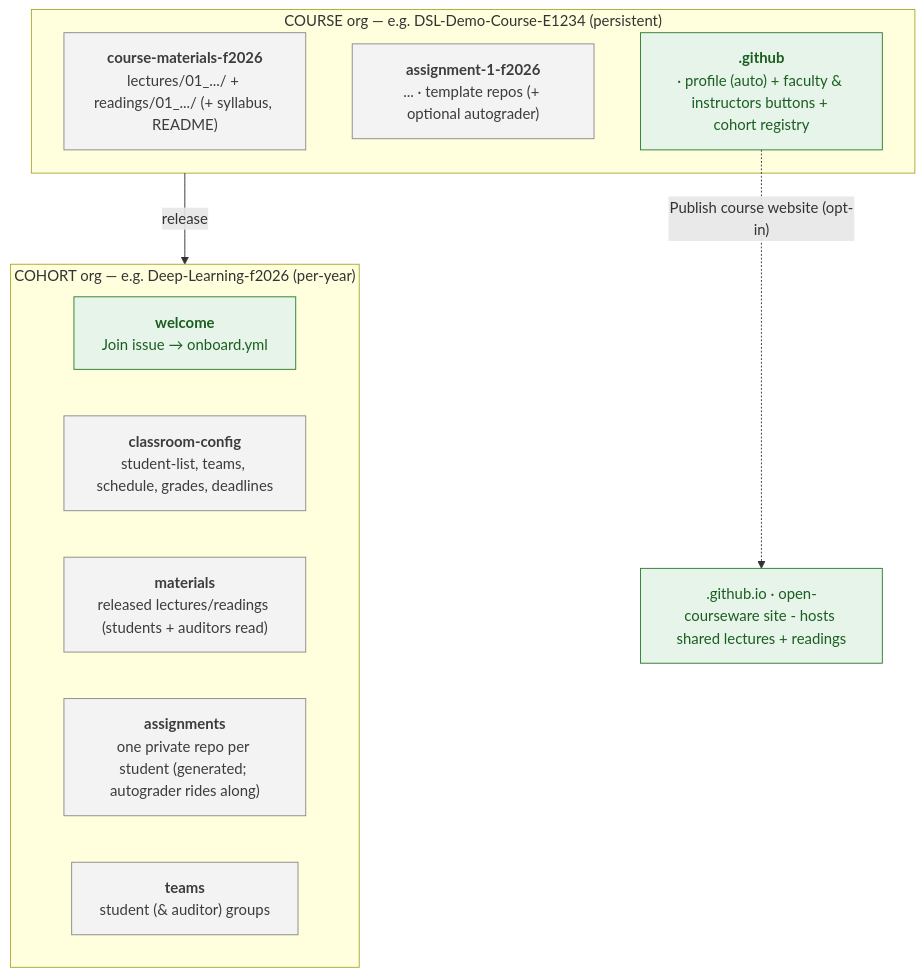
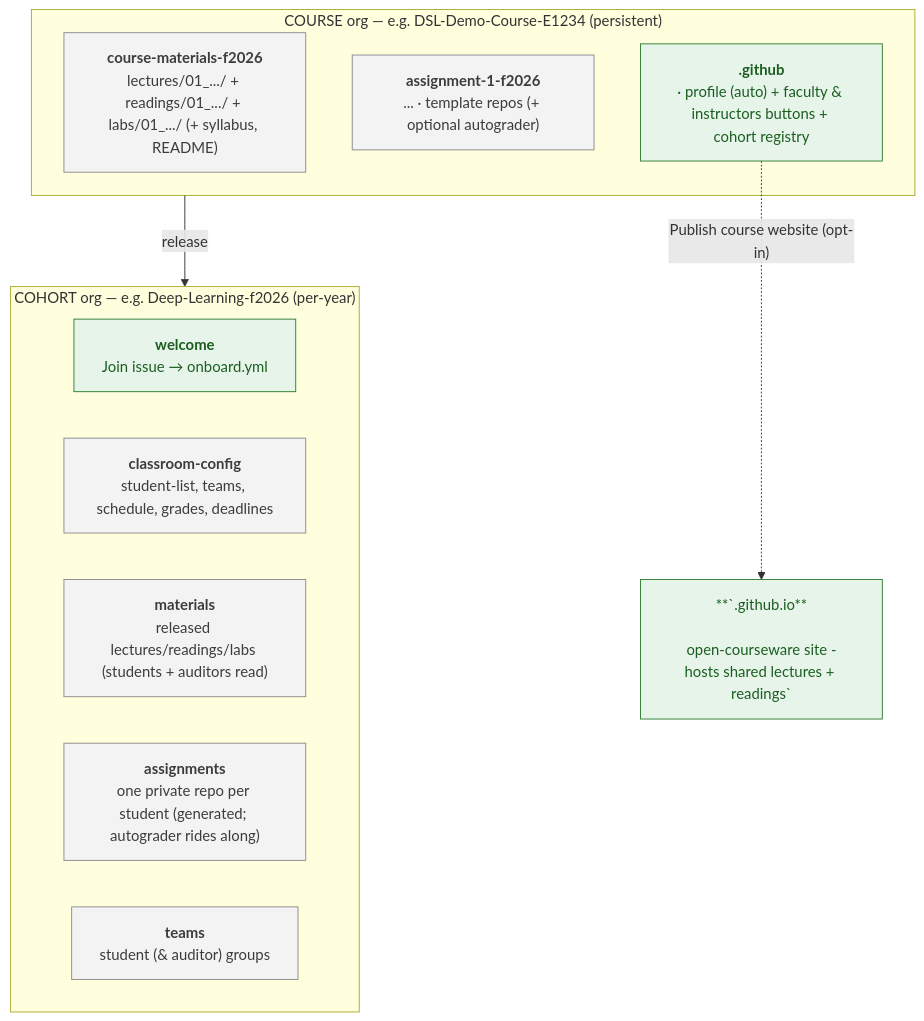
One commit to hertie-data-science-lab/dsl-teaching-course-setup changed the diagram in README.md. Above: the diagram before and after it, drawn with Mermaid.

````diff
--- a/README.md
+++ b/README.md
@@ -52,42 +52,44 @@
 ```mermaid
 flowchart TB
   subgraph COURSE["COURSE org — e.g. DSL-Demo-Course-E1234 (persistent)"]
     mat["`**course-materials-f2026**
 
-lectures/01_.../ + readings/01_.../ (+ syllabus, README)`"]
+lectures/01_.../ + readings/01_.../ + labs/01_.../ (+ syllabus, README)`"]
     tmpl["`**assignment-1-f2026**
 
 ... · template repos (+ optional autograder)`"]
     gh["`**.github**
 
 · profile (auto) + faculty & instructors buttons + cohort registry`"]
   end
 
   subgraph COHORT["COHORT org — e.g. Deep-Learning-f2026 (per-year)"]
     welcome["`**welcome**
 
 Join issue → onboard.yml`"]
     cfg["`**classroom-config**
 
 student-list, teams, schedule, grades, deadlines`"]
     cmat["`**materials**
 
-released lectures/readings (students + auditors read)`"]
+released lectures/readings/labs (students + auditors read)`"]
     repos["`**assignments**
 
 one private repo per student (generated; autograder rides along)`"]
     team["`**teams**
 
 student (& auditor) groups`"]
   end
 
-  pub["`<course-org>.github.io · open-courseware site - hosts shared lectures + readings`"]
+  pub["**`<course-org>.github.io**
+
+ open-courseware site - hosts shared lectures + readings`"]
 
   COURSE -->|"release"| COHORT
   gh -.->|"Publish course website (opt-in)"| pub
 
   classDef public fill:#e6f4ea,stroke:#2e7d32,color:#1b5e20;
   classDef private fill:#f3f3f3,stroke:#8a8a8a,color:#3c3c3c;
   class gh,welcome,pub public;
   class mat,tmpl,cfg,cmat,repos,team private;
 ```
````
